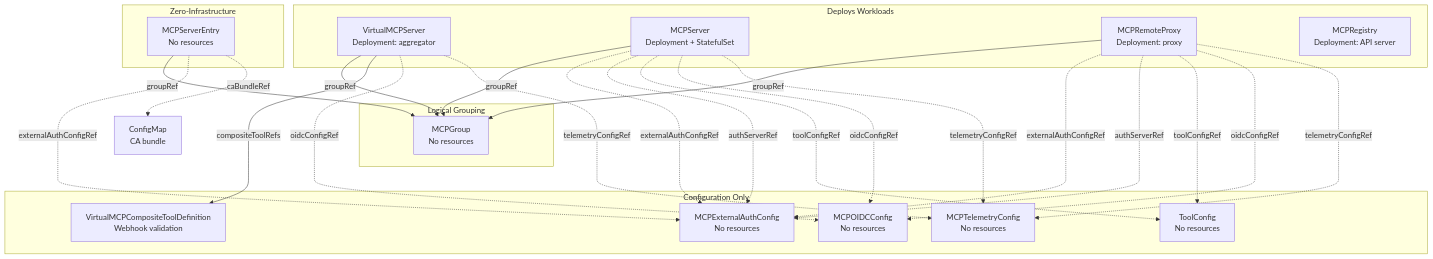
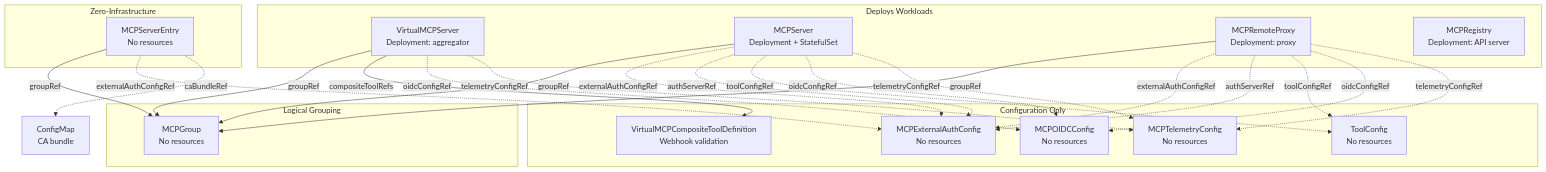
One commit to stacklok/toolhive changed the second of 4 diagrams in docs/arch/09-operator-architecture.md. Above: the diagram before and after it, drawn with Mermaid. The commit also changed other lines of this file, not shown here.

Commit message:
Address code review feedback for operator architecture docs
Fix issues found during code review of #4642 documentation:
- HIGH: Fix remoteURL to remoteUrl in MCPRemoteProxy YAML example
  to match actual JSON tag (per camelCase rename in 992f2e43)
- MEDIUM: Replace non-standard Mermaid -..-> arrow syntax with
  standard -.-> for authServerRef edges
- MEDIUM: Add missing telemetryConfigRef to MCPRemoteProxy key
  fields list, Mermaid diagram, and Referenced by section

````diff
--- a/docs/arch/09-operator-architecture.md
+++ b/docs/arch/09-operator-architecture.md
@@ -104,48 +104,48 @@
 ```mermaid
 graph TB
     subgraph "Deploys Workloads"
         VMCP[VirtualMCPServer<br/>Deployment: aggregator]
         Server[MCPServer<br/>Deployment + StatefulSet]
         Proxy[MCPRemoteProxy<br/>Deployment: proxy]
         Registry[MCPRegistry<br/>Deployment: API server]
     end
 
     subgraph "Zero-Infrastructure"
         Entry[MCPServerEntry<br/>No resources]
     end
 
     subgraph "Logical Grouping"
         Group[MCPGroup<br/>No resources]
     end
 
     subgraph "Configuration Only"
         CTD[VirtualMCPCompositeToolDefinition<br/>Webhook validation]
         ExtAuth[MCPExternalAuthConfig<br/>No resources]
         ToolCfg[ToolConfig<br/>No resources]
         OIDCCfg[MCPOIDCConfig<br/>No resources]
         TelCfg[MCPTelemetryConfig<br/>No resources]
     end
 
     VMCP -->|groupRef| Group
     VMCP -->|compositeToolRefs| CTD
     VMCP -.->|oidcConfigRef| OIDCCfg
     VMCP -.->|telemetryConfigRef| TelCfg
 
     Server -->|groupRef| Group
     Server -.->|externalAuthConfigRef| ExtAuth
-    Server -..->|authServerRef| ExtAuth
+    Server -.->|authServerRef| ExtAuth
     Server -.->|toolConfigRef| ToolCfg
     Server -.->|oidcConfigRef| OIDCCfg
     Server -.->|telemetryConfigRef| TelCfg
 
     Proxy -->|groupRef| Group
     Proxy -.->|externalAuthConfigRef| ExtAuth
-    Proxy -..->|authServerRef| ExtAuth
+    Proxy -.->|authServerRef| ExtAuth
     Proxy -.->|toolConfigRef| ToolCfg
     Proxy -.->|oidcConfigRef| OIDCCfg
     Proxy -.->|telemetryConfigRef| TelCfg
 
     Entry -->|groupRef| Group
     Entry -.->|externalAuthConfigRef| ExtAuth
     Entry -.->|caBundleRef| ConfigMap[ConfigMap<br/>CA bundle]
 ```
````
